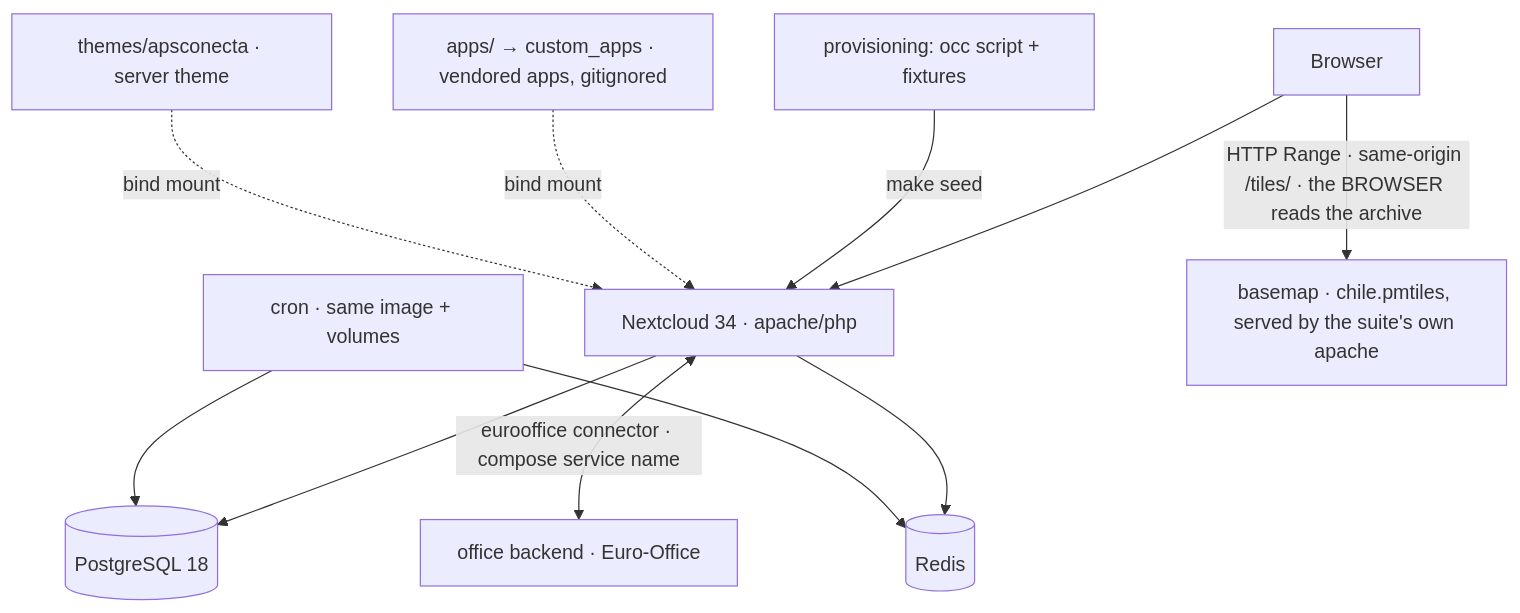
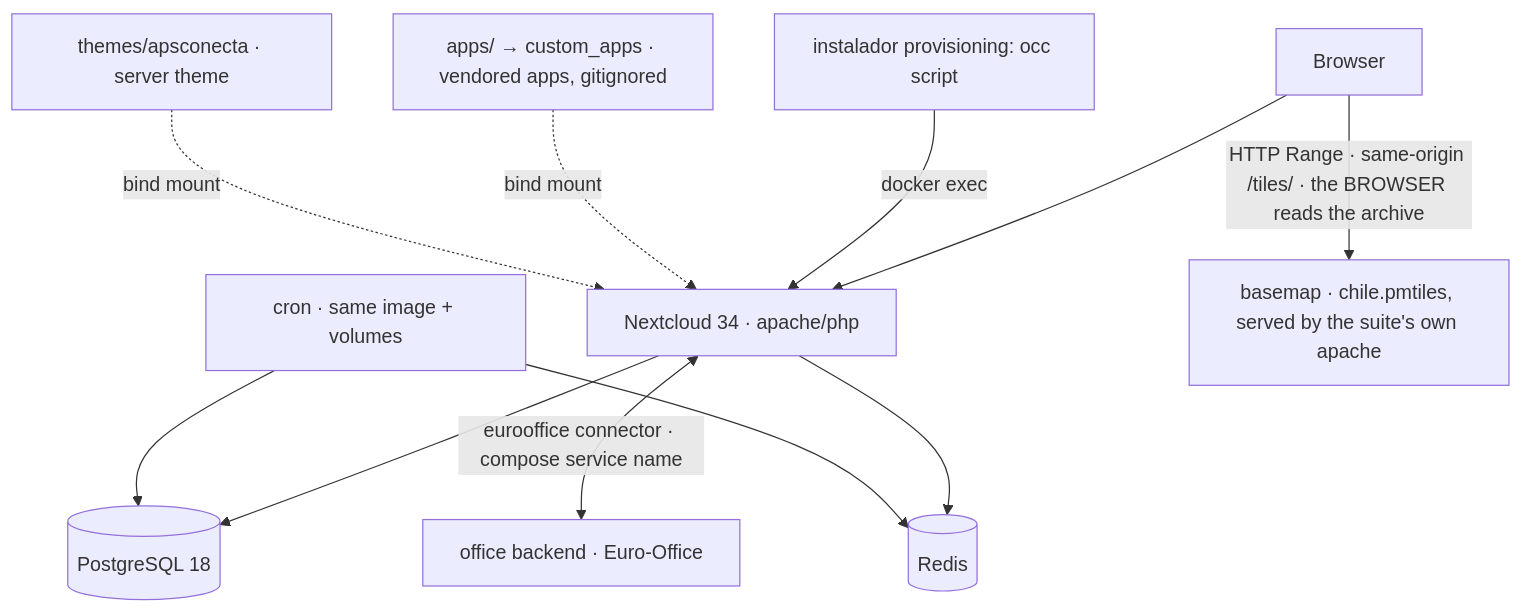
Before and after one commit to APS-Conecta/gestion: the first of 2 diagrams in docs/ARCHITECTURE.md, drawn with Mermaid. The commit also changed other lines of this file and 17 other files, not shown here.

````diff
--- a/docs/ARCHITECTURE.md
+++ b/docs/ARCHITECTURE.md
@@ -74,13 +74,13 @@
 ```mermaid
 graph TD
   B[Browser] --> NC[Nextcloud 34 · apache/php]
   NC --> PG[(PostgreSQL 18)]
   NC --> R[(Redis)]
   CR[cron · same image + volumes] --> PG
   CR --> R
   NC <-->|eurooffice connector · compose service name| C[office backend · Euro-Office]
   B -->|HTTP Range · same-origin /tiles/ · the BROWSER reads the archive| TI[basemap · chile.pmtiles, served by the suite's own apache]
-  PROV[provisioning: occ script + fixtures] -->|make seed| NC
+  PROV[instalador provisioning: occ script] -->|docker exec| NC
   A[apps/ → custom_apps · vendored apps, gitignored] -.bind mount.-> NC
   T[themes/apsconecta · server theme] -.bind mount.-> NC
 ```
````
